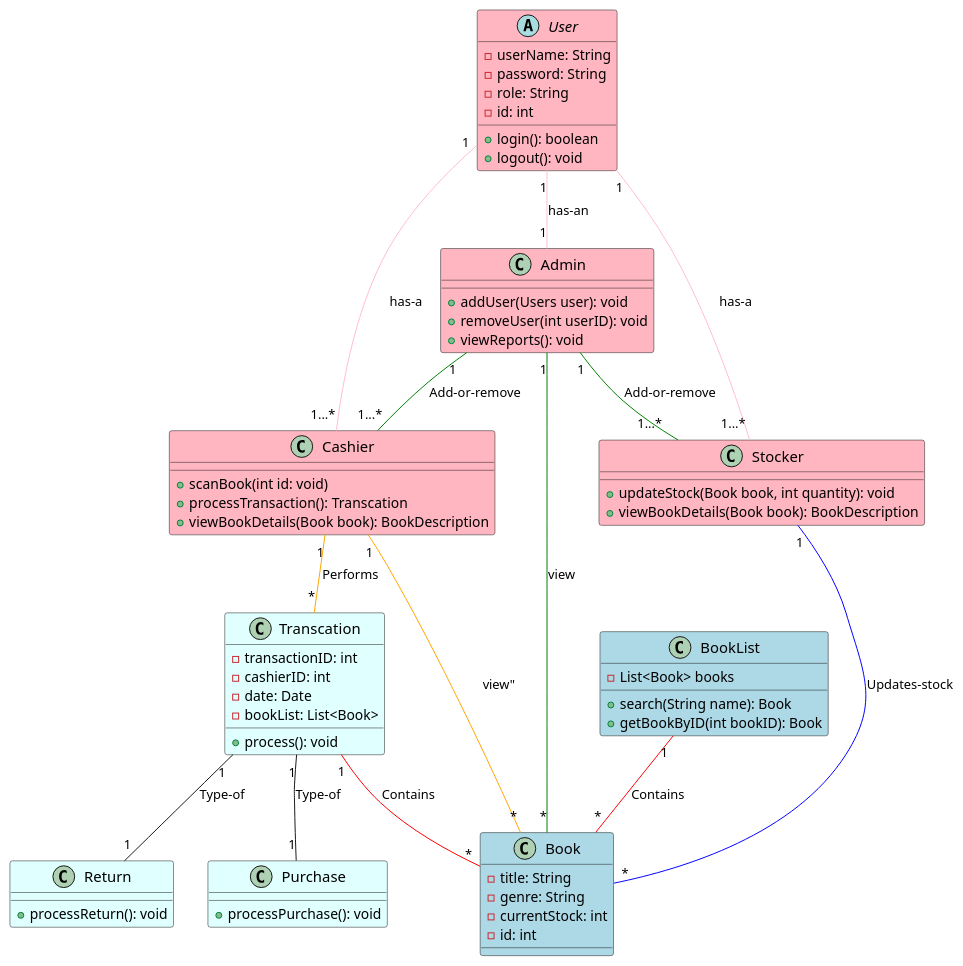
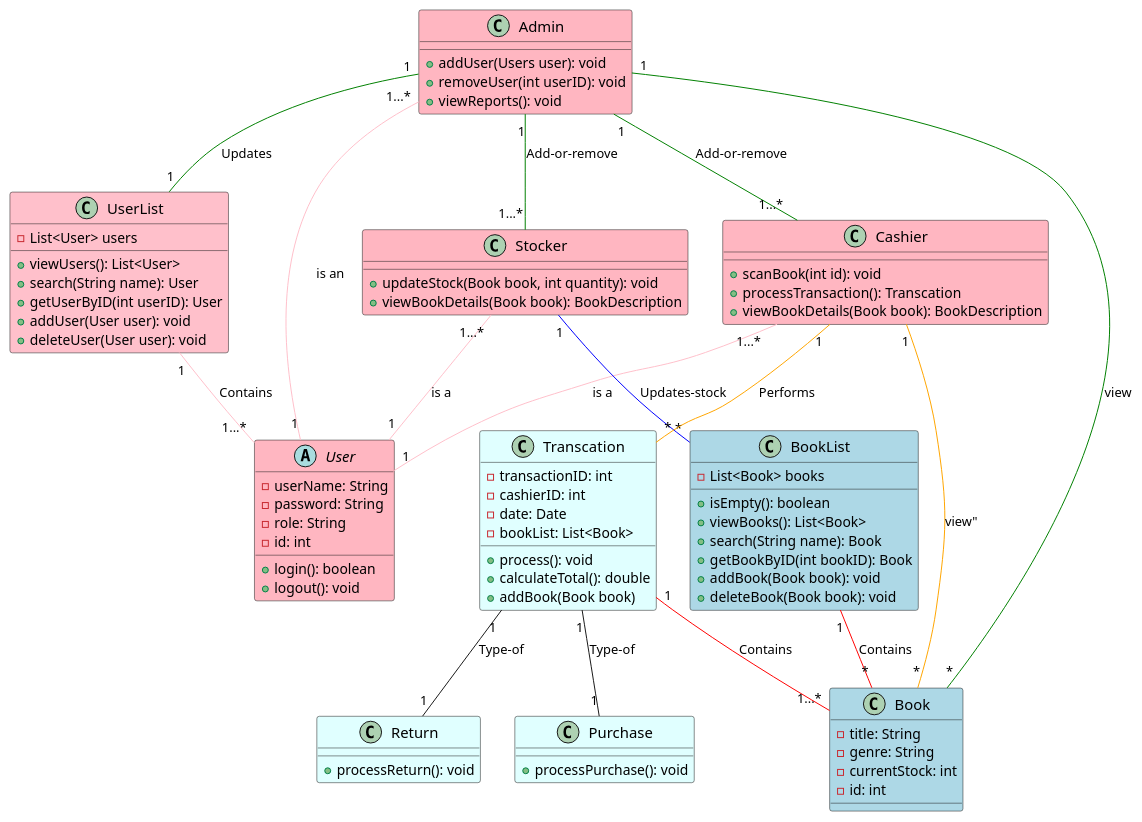
Before and after one commit to HabibaMekay/Bookstore-Management-System: the diagram in diagrams/class_diagram.puml, drawn with PlantUML. The commit also changed 3 other files, not shown here.

Commit message:
Finished sequence diagrams and added more changes to class diagram

```diff
--- a/diagrams/class_diagram.puml
+++ b/diagrams/class_diagram.puml
@@ -1,81 +1,98 @@
 @startuml
 
 abstract class User #LightPink{
 -userName: String
 -password: String
 -role: String
 -id: int
 
 +login(): boolean
 +logout(): void
 }
 
 class Cashier #LightPink{
-+scanBook(int id: void)
++scanBook(int id): void
 +processTransaction(): Transcation
 +viewBookDetails(Book book): BookDescription
 }
 
 class Stocker #LightPink{
 +updateStock(Book book, int quantity): void
 +viewBookDetails(Book book): BookDescription
 }
 
 class Admin #LightPink{
 +addUser(Users user): void
 +removeUser(int userID): void
 +viewReports(): void
 }
 
+class UserList #Pink  {
+-List<User> users
++viewUsers(): List<User>
++search(String name): User
++getUserByID(int userID): User
++addUser(User user): void
++deleteUser(User user): void
+}
+
 class BookList #LightBlue  {
 -List<Book> books
++isEmpty(): boolean
++viewBooks(): List<Book>
 +search(String name): Book
 +getBookByID(int bookID): Book
++addBook(Book book): void
++deleteBook(Book book): void
 }
 
 class Book #LightBlue   {
 -title: String
 -genre: String
 -currentStock: int
 -id: int
 }
 
 class Transcation #LightCyan{
 -transactionID: int
 -cashierID: int
 -date: Date
 -bookList: List<Book>
 +process(): void
++calculateTotal(): double
++addBook(Book book)
 }
 
 class Purchase #LightCyan{
  +processPurchase(): void
 }
 
 class Return #LightCyan{
 +processReturn(): void
 }
 
 
-User "1" -- "1...*" Cashier #pink:"has-a"
-User "1" -- "1...*" Stocker #pink:"has-a"
-User "1" -- "1" Admin  #pink:"has-an"
+Cashier "1...*" -- "1" User #pink:"is a"
+Stocker "1...*" -- "1" User #pink:"is a"
+Admin "1...*" -- "1" User  #pink:"is an"
+UserList "1" -- "1...*" User #pink:"Contains"
 
-Stocker "1" -- "*" Book #blue:"Updates-stock"
+Stocker "1" -- "*" BookList #blue:"Updates-stock"
 Admin "1" -- "1...*" Cashier #green : "Add-or-remove"
 Admin "1" -- "1...*" Stocker #green: "Add-or-remove"
+Admin "1" -- "1" UserList #green: "Updates"
 Cashier "1" -- "*" Transcation #orange: "Performs"
 Admin "1" -- "*" Book #green: "view"
 Cashier"1" -- "*" Book #orange: "view""
 BookList "1" -- "*" Book #red: "Contains"
-Transcation "1" -- "*" Book #red: "Contains"
+Transcation "1" -- "1...*" Book #red: "Contains"
 Transcation"1" -- "1" Purchase : "Type-of"
 Transcation"1" -- "1" Return : "Type-of"
 
 
 skinparam class {
 FontName Times New Roman
 FontSize 15
  }
 
 @enduml
```
